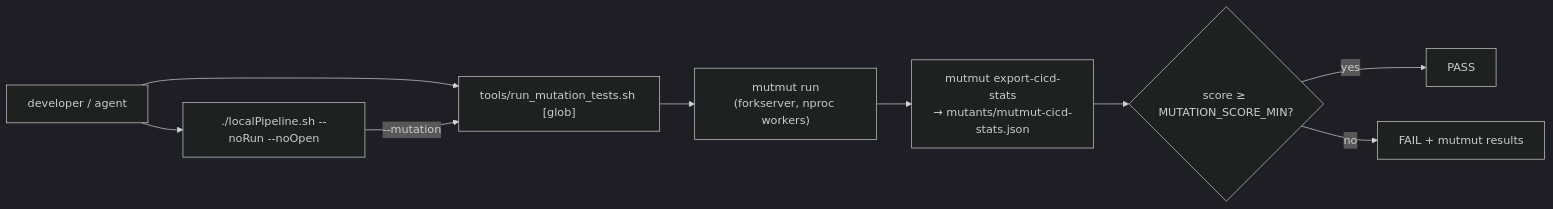
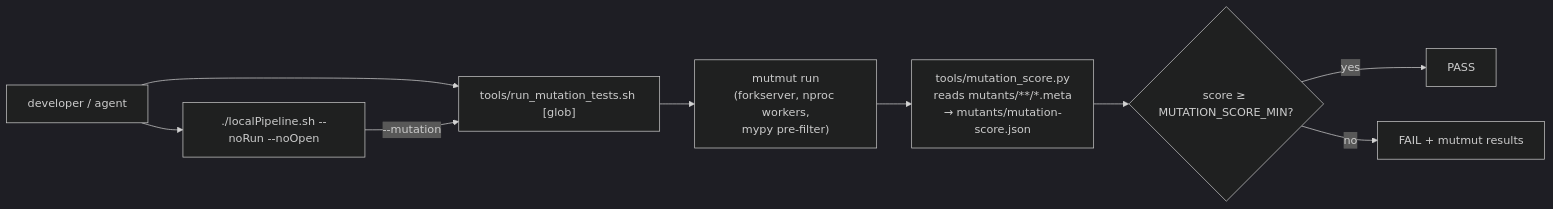
The sixth of 7 diagrams in docs/followup_mutation_testing.md (marcelpetrick/myLastFmPlayer), drawn with Mermaid (dark theme) before and after one commit. The commit also changed other lines of this file and 20 other files, not shown here.

First line of the commit message:
docs: review all Markdown, refresh architecture; pin UI construction by snapshots (v0.0.209)

````diff
--- a/docs/followup_mutation_testing.md
+++ b/docs/followup_mutation_testing.md
@@ -184,11 +184,11 @@
 ```mermaid
 flowchart LR
     Dev["developer / agent"] --> LP["./localPipeline.sh --noRun --noOpen"]
     Dev --> MT["tools/run_mutation_tests.sh [glob]"]
     LP -->|"--mutation"| MT
-    MT --> MR["mutmut run<br/>(forkserver, nproc workers)"]
-    MR --> ST["mutmut export-cicd-stats<br/>→ mutants/mutmut-cicd-stats.json"]
+    MT --> MR["mutmut run<br/>(forkserver, nproc workers,<br/>mypy pre-filter)"]
+    MR --> ST["tools/mutation_score.py<br/>reads mutants/**/*.meta<br/>→ mutants/mutation-score.json"]
     ST --> G{"score ≥ MUTATION_SCORE_MIN?"}
     G -->|yes| PASS["PASS"]
     G -->|no| FAIL["FAIL + mutmut results"]
 ```
````
